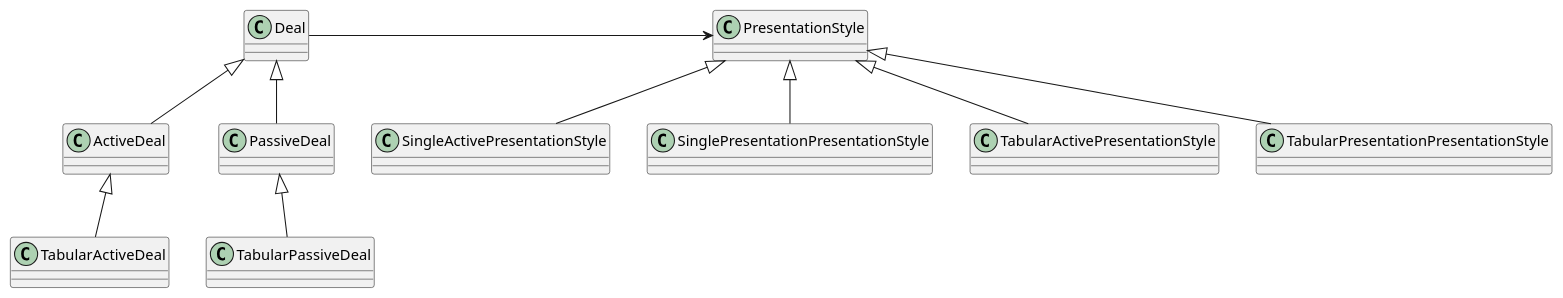
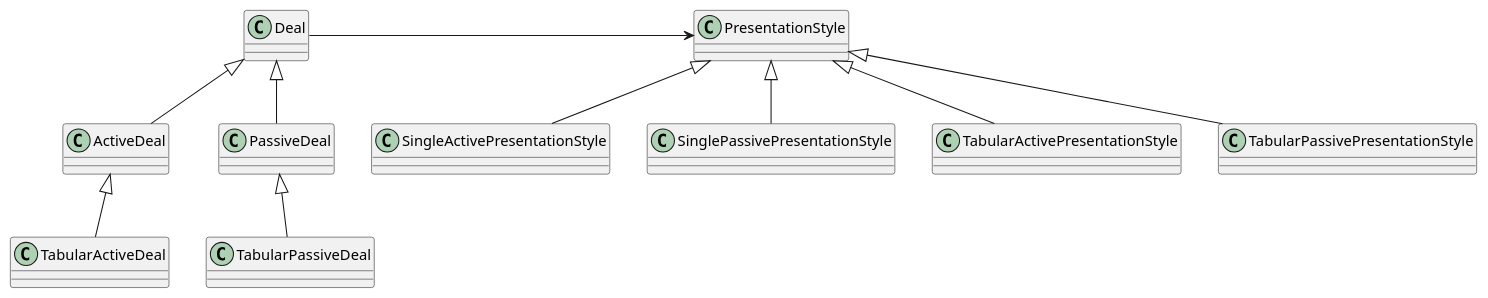
One commit to wuxiongbo/design_patterns changed the fifth of 7 diagrams in src/main/java/refactoring/chapter12/section1/Tease Apart Inheritance.md. Above: the diagram before and after it, drawn with PlantUML. The commit also changed other lines of this file and 5 other files, not shown here.

````diff
--- a/src/main/java/refactoring/chapter12/section1/Tease Apart Inheritance.md
+++ b/src/main/java/refactoring/chapter12/section1/Tease Apart Inheritance.md
@@ -107,13 +113,13 @@
 ```puml
 Deal <|-- ActiveDeal
 Deal <|-- PassiveDeal
 ActiveDeal <|-- TabularActiveDeal
 PassiveDeal <|-- TabularPassiveDeal
 
 Deal -right-> PresentationStyle
 
 PresentationStyle <|-- SingleActivePresentationStyle
-PresentationStyle <|-- SinglePresentationPresentationStyle
+PresentationStyle <|-- SinglePassivePresentationStyle
 PresentationStyle <|-- TabularActivePresentationStyle
-PresentationStyle <|-- TabularPresentationPresentationStyle
+PresentationStyle <|-- TabularPassivePresentationStyle
 ```
````
